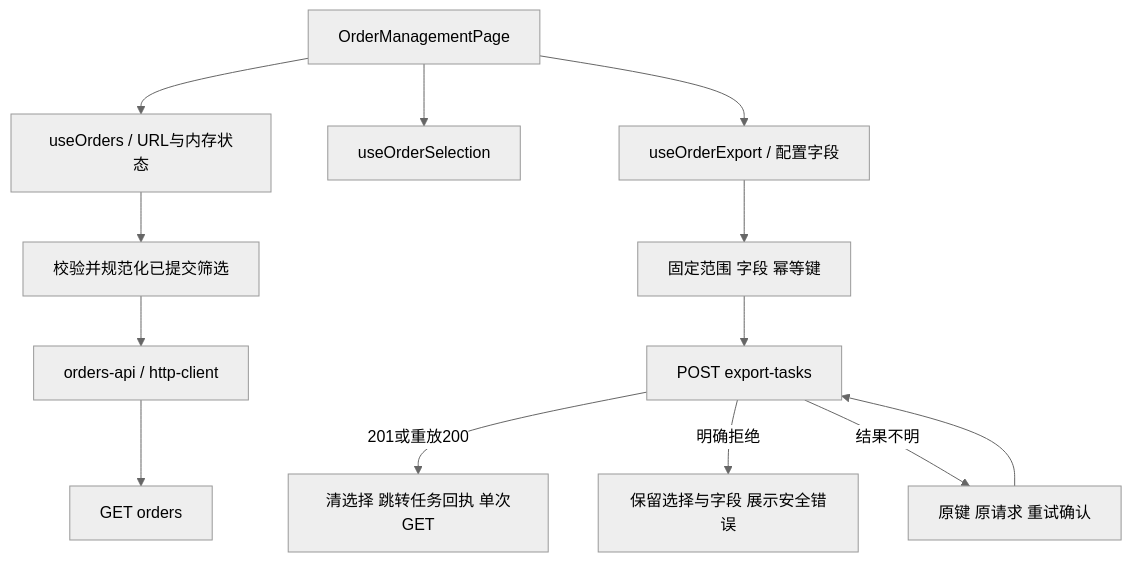
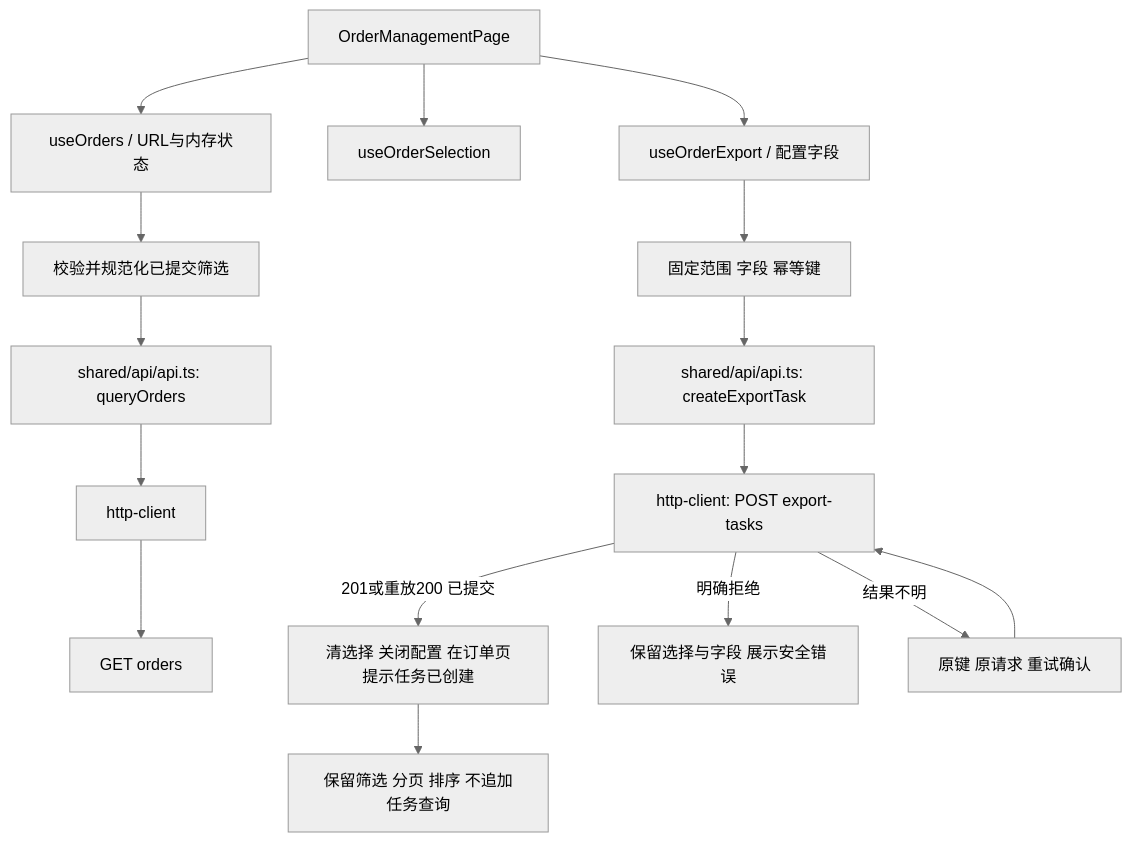
The second of 3 diagrams in specs/002-order-management/plan.md (yxyxy666/export-flow), drawn with Mermaid (neutral theme) before and after one commit. The commit also changed other lines of this file and 15 other files, not shown here.

````diff
--- a/specs/002-order-management/plan.md
+++ b/specs/002-order-management/plan.md
@@ -351,15 +74,18 @@
 ```mermaid
 flowchart TD
   P[OrderManagementPage] --> Q[useOrders / URL与内存状态]
   Q --> F[校验并规范化已提交筛选]
-  F --> API[orders-api / http-client]
-  API --> DBAPI[GET orders]
+  F --> API[shared/api/api.ts: queryOrders]
+  API --> HTTP[http-client]
+  HTTP --> DBAPI[GET orders]
   P --> S[useOrderSelection]
   P --> E[useOrderExport / 配置字段]
   E --> FREEZE[固定范围 字段 幂等键]
-  FREEZE --> POST[POST export-tasks]
-  POST -->|201或重放200| RECEIPT[清选择 跳转任务回执 单次GET]
+  FREEZE --> CREATE[shared/api/api.ts: createExportTask]
+  CREATE --> POST[http-client: POST export-tasks]
+  POST -->|201或重放200 已提交| SUCCESS[清选择 关闭配置 在订单页提示任务已创建]
+  SUCCESS --> STAY[保留筛选 分页 排序 不追加任务查询]
   POST -->|明确拒绝| KEEP[保留选择与字段 展示安全错误]
   POST -->|结果不明| RETRY[原键 原请求 重试确认]
   RETRY --> POST
 ```
````
